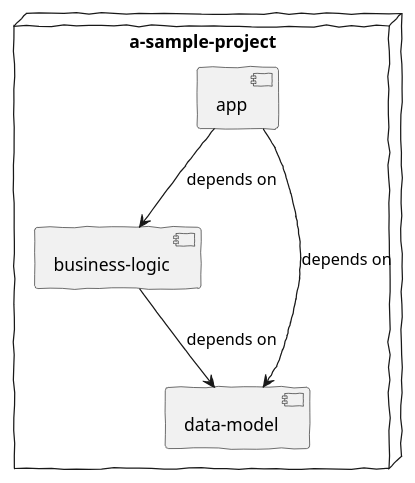
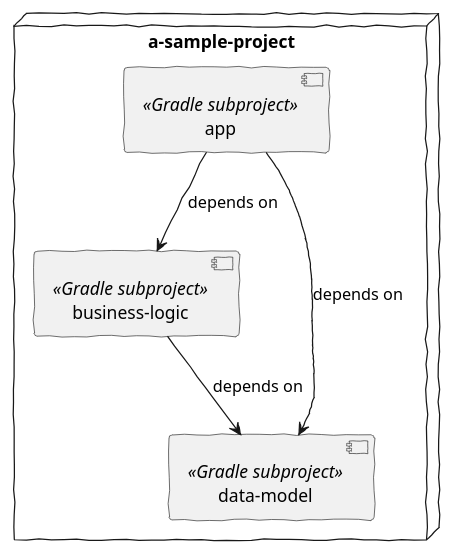
Before and after one commit to tinohertlein/gradle-playground: the diagram in docs/components.puml, drawn with PlantUML. The commit also changed 2 other files, not shown here.

Commit message:
docs: add stereotypes to diagram

```diff
--- a/docs/components.puml
+++ b/docs/components.puml
@@ -1,12 +1,17 @@
 @startuml
 'https://plantuml.com/component-diagram
 
 skinparam monochrome true
 skinparam handwritten true
 
 node "a-sample-project" {
+
+    [app] <<Gradle subproject>>
+    [business-logic] <<Gradle subproject>>
+    [data-model] <<Gradle subproject>>
+
     [app] --> [business-logic]: depends on
     [app] --> [data-model]: depends on
     [business-logic] --> [data-model]: depends on
 }
 @enduml
```
